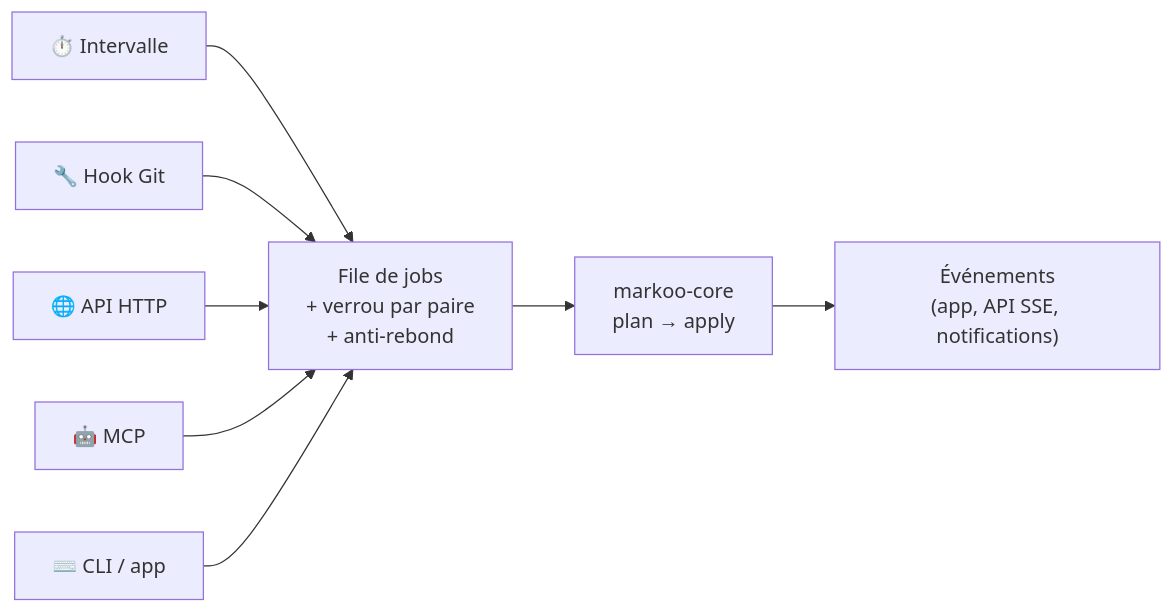
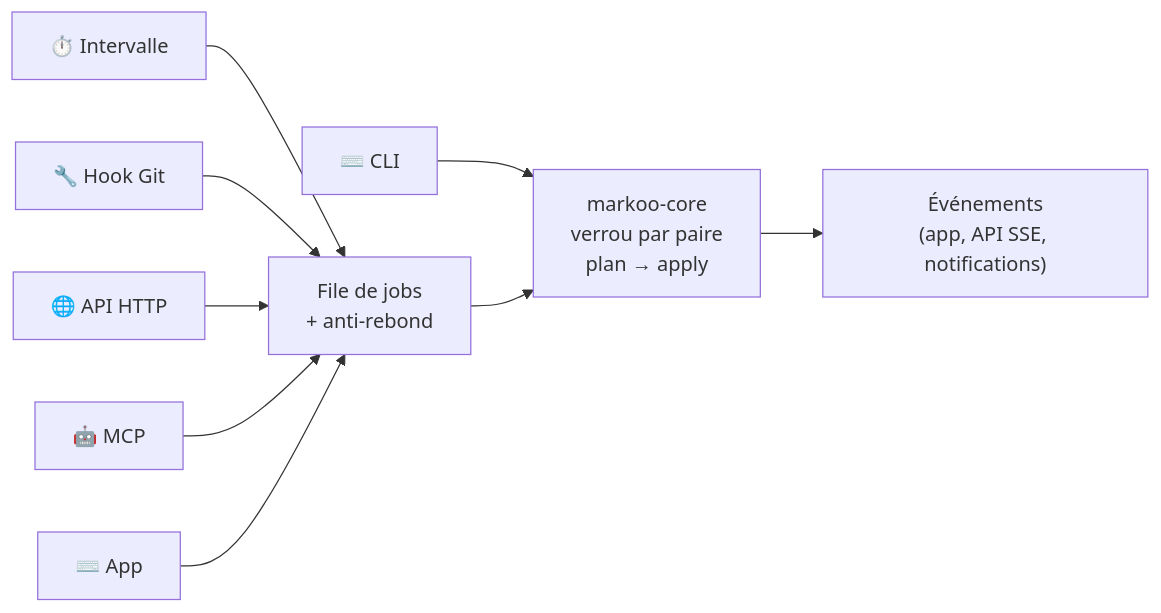
One commit to studoo-app/markoo changed the first of 3 diagrams in documentation/fr/05-declencheurs.md. Above: the diagram before and after it, drawn with Mermaid. The commit also changed other lines of this file and 34 other files, not shown here.

````diff
--- a/documentation/fr/05-declencheurs.md
+++ b/documentation/fr/05-declencheurs.md
@@ -7,10 +7,11 @@
 ```mermaid
 flowchart LR
     I["⏱️ Intervalle"] --> Q
     H["🔧 Hook Git"] --> Q
     A["🌐 API HTTP"] --> Q
     M["🤖 MCP"] --> Q
-    C["⌨️ CLI / app"] --> Q
-    Q["File de jobs<br/>+ verrou par paire<br/>+ anti-rebond"] --> E["markoo-core<br/>plan → apply"]
+    C["⌨️ App"] --> Q
+    CLI["⌨️ CLI"] --> E
+    Q["File de jobs<br/>+ anti-rebond"] --> E["markoo-core<br/>verrou par paire<br/>plan → apply"]
     E --> EV["Événements<br/>(app, API SSE, notifications)"]
 ```
````
